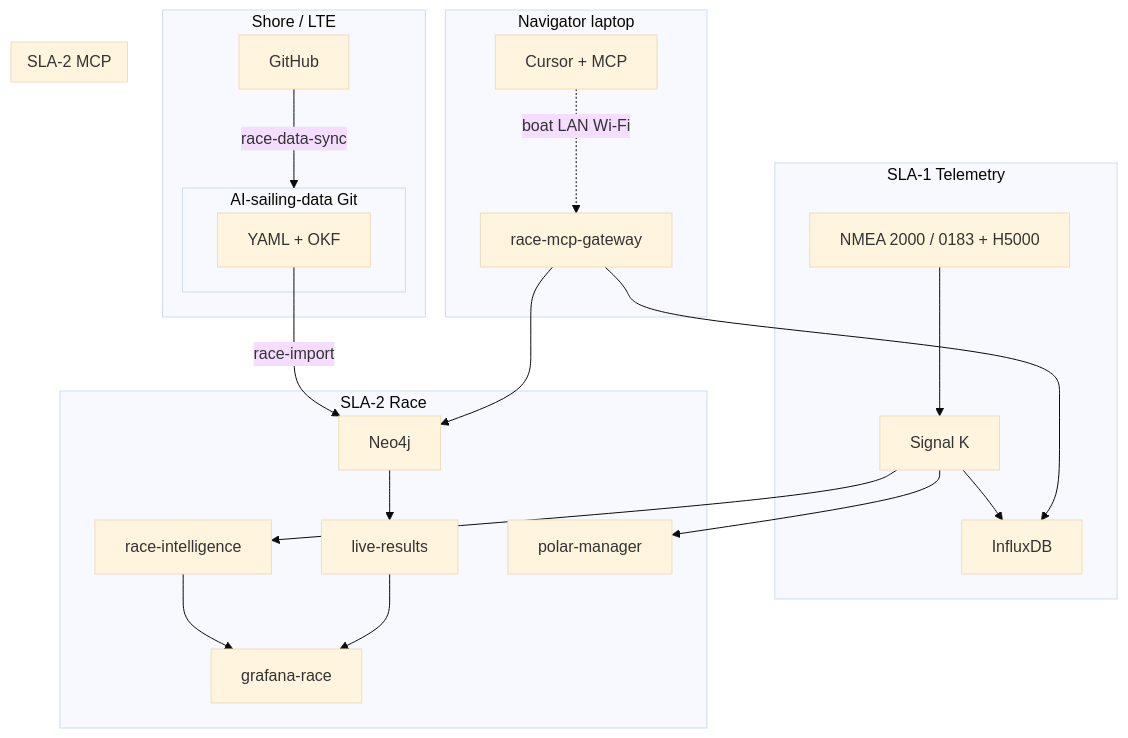
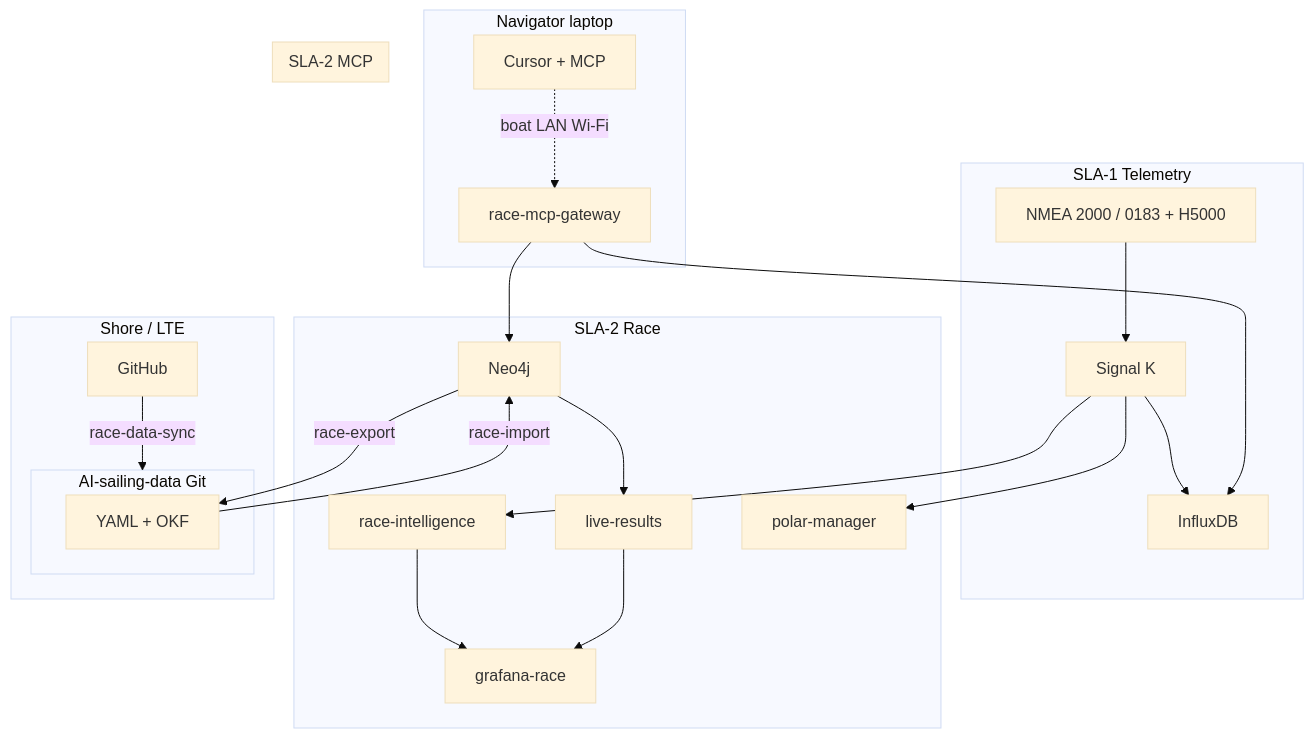
One commit to cognite-fholm/AI-sailing-system changed the first of 2 diagrams in docs/ARCHITECTURE.md. Above: the diagram before and after it, drawn with Mermaid (base theme). The commit also changed other lines of this file and 10 other files, not shown here.

First line of the commit message:
docs: ADR-0023/0024 SHACL validation and post-race export spec

````diff
--- a/docs/ARCHITECTURE.md
+++ b/docs/ARCHITECTURE.md
@@ -35,43 +35,44 @@
 ```mermaid
 flowchart TB
   subgraph sla1 [SLA-1 Telemetry]
     N2K[NMEA 2000 / 0183 + H5000]
     SK[Signal K]
     IFX[InfluxDB]
     N2K --> SK --> IFX
   end
 
   subgraph sla2 [SLA-2 Race]
     NEO[Neo4j]
     RI[race-intelligence]
     LR[live-results]
     PM[polar-manager]
     GF[grafana-race]
     SK --> RI
     SK --> PM
     RI --> GF
     LR --> GF
     NEO --> LR
   end
 
   subgraph data [AI-sailing-data Git]
     YAML[YAML + OKF]
     YAML -->|race-import| NEO
+    NEO -->|race-export| YAML
   end
 
   subgraph shore [Shore / LTE]
     GIT[GitHub]
     GIT -->|race-data-sync| data
   end
 
   subgraph laptop [Navigator laptop]
     CUR[Cursor + MCP]
     CUR -.->|boat LAN Wi‑Fi| GW
   end
 
   subgraph mcp [SLA-2 MCP]
     GW[race-mcp-gateway]
     GW --> NEO
     GW --> IFX
   end
 ```
````
